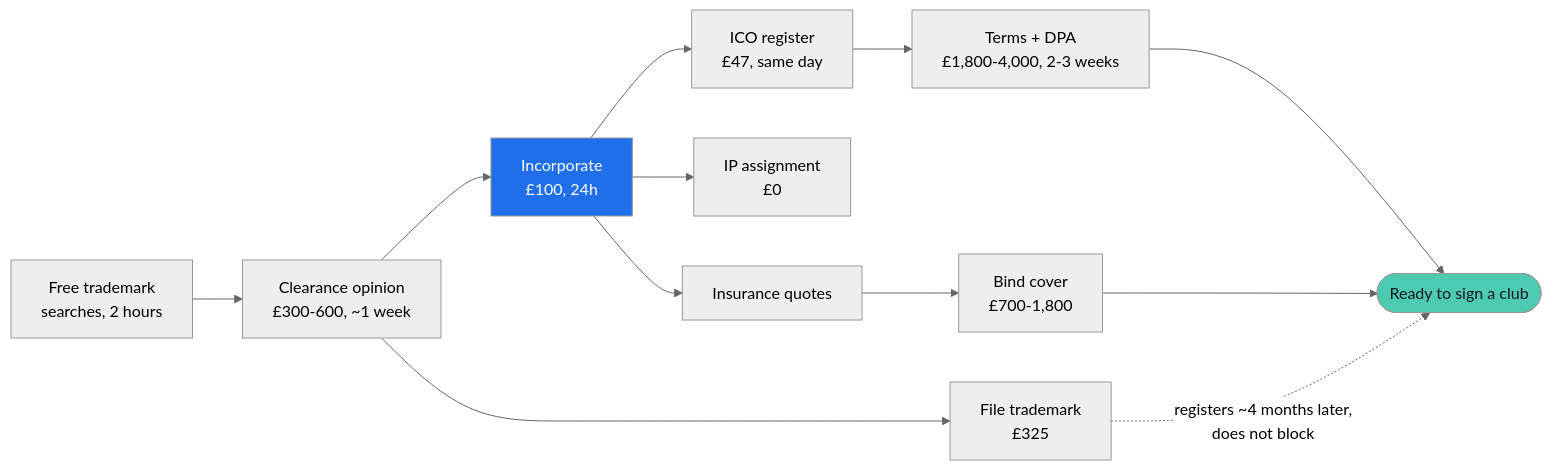
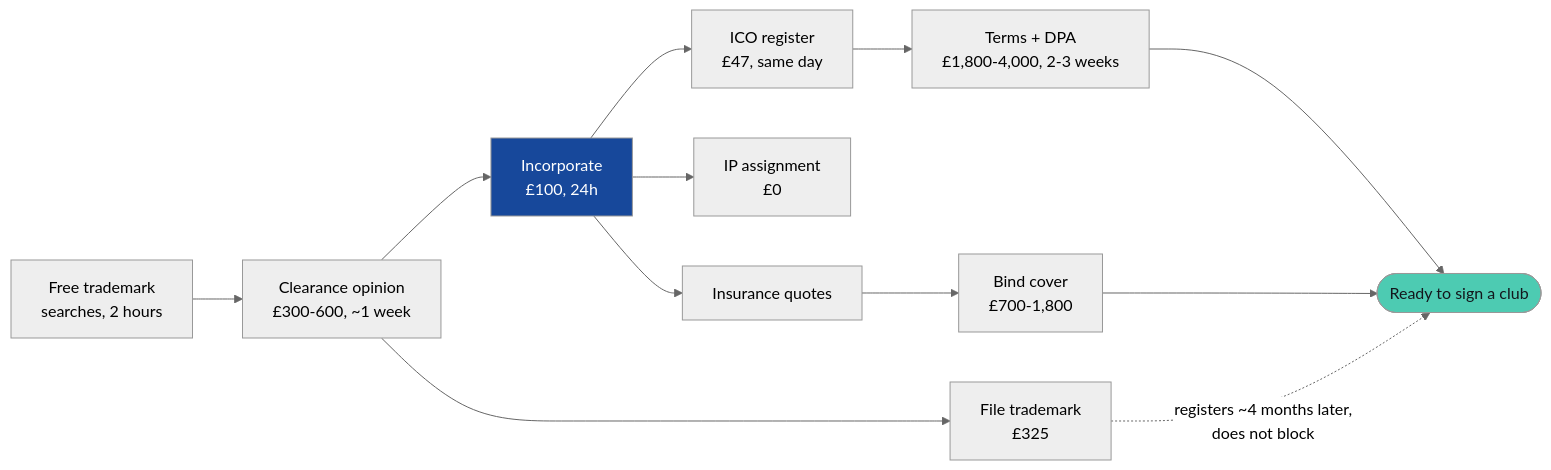
Before and after one commit to isabellasale212/FYDR: the diagram in docs/13-legal-and-trademark.md, drawn with Mermaid (neutral theme). The commit also changed 11 other files, not shown here.

````diff
--- a/docs/13-legal-and-trademark.md
+++ b/docs/13-legal-and-trademark.md
@@ -203,17 +203,17 @@
 ```mermaid
 graph LR
     S["Free trademark<br/>searches, 2 hours"] --> O["Clearance opinion<br/>£300-600, ~1 week"]
     O --> C["Incorporate<br/>£100, 24h"]
     C --> I["ICO register<br/>£47, same day"]
     C --> A["IP assignment<br/>£0"]
     O --> F["File trademark<br/>£325"]
     C --> Q["Insurance quotes"]
     Q --> B["Bind cover<br/>£700-1,800"]
     I --> D["Terms + DPA<br/>£1,800-4,000, 2-3 weeks"]
     D --> P(["Ready to sign a club"])
     B --> P
     F -.->|"registers ~4 months later,<br/>does not block"| P
 
-    style C fill:#1f6fea,color:#fff
+    style C fill:#17489b,color:#fff
     style P fill:#4dcbb2,color:#13161c
 ```
````
